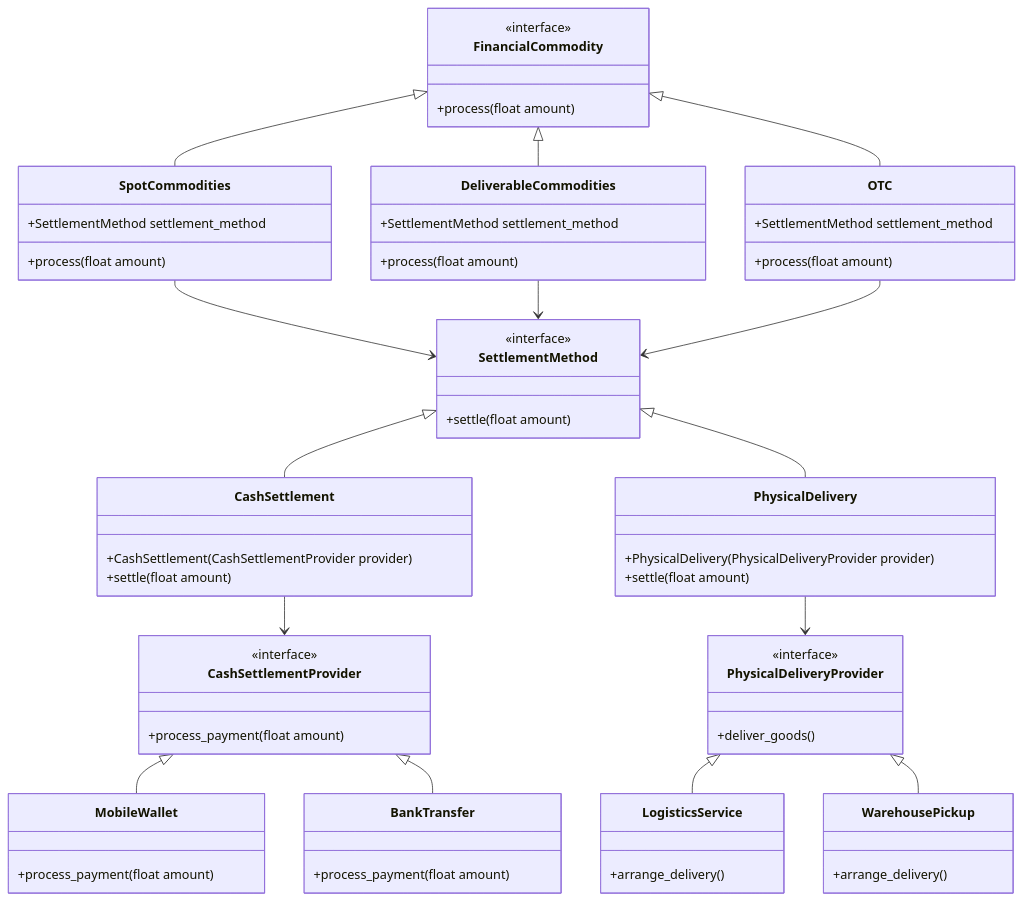
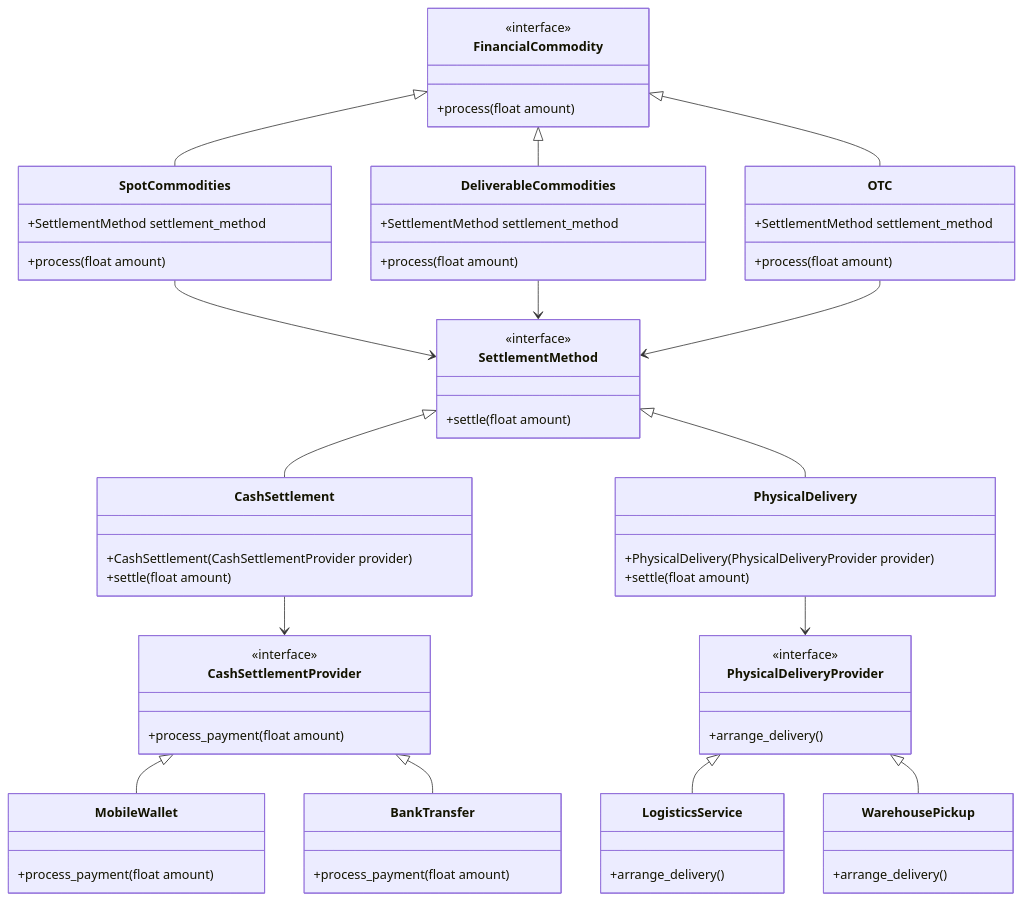
Before and after one commit to adilimudassir/design-patterns: the diagram in bridge-patterns/README.md, drawn with Mermaid.

```diff
--- a/bridge-patterns/README.md
+++ b/bridge-patterns/README.md
@@ -52,7 +52,7 @@
 
     class PhysicalDeliveryProvider {
         <<interface>>
-        +deliver_goods()
+        +arrange_delivery()
     }
 
     class LogisticsService {
```
